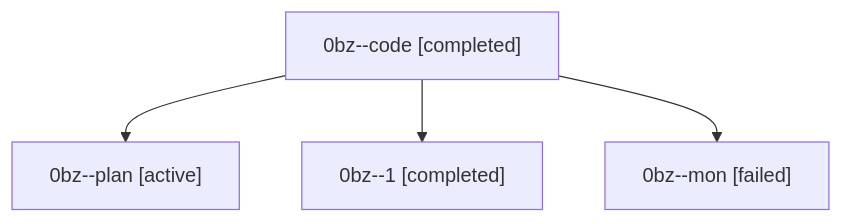
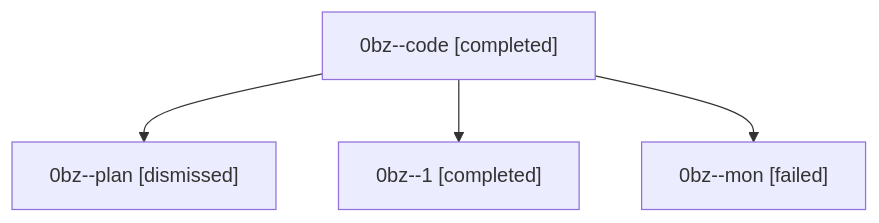
The diagram in sessions/bbugyi200.athena.0bz.md (sase-org/sase--agents), drawn with Mermaid before and after one commit. The commit also changed other lines of this file and 29 other files, not shown here.

````diff
--- a/sessions/bbugyi200.athena.0bz.md
+++ b/sessions/bbugyi200.athena.0bz.md
@@ -9,10 +9,10 @@
 ```mermaid
 flowchart TD
   n0["0bz--code [completed]"]
-  n1["0bz--plan [active]"]
+  n1["0bz--plan [dismissed]"]
   n0 --> n1
   n2["0bz--1 [completed]"]
   n0 --> n2
   n3["0bz--mon [failed]"]
   n0 --> n3
 ```
````
